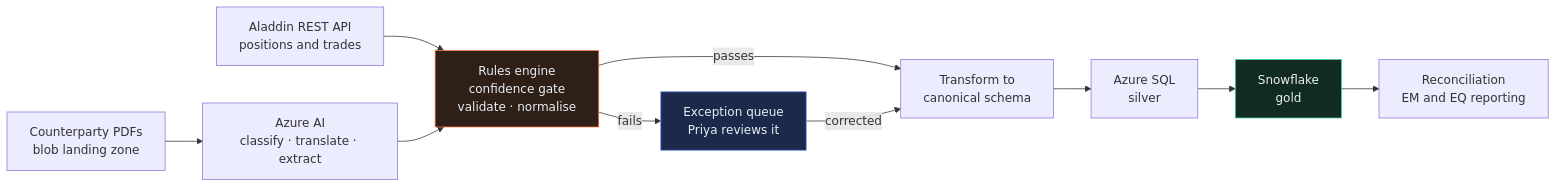
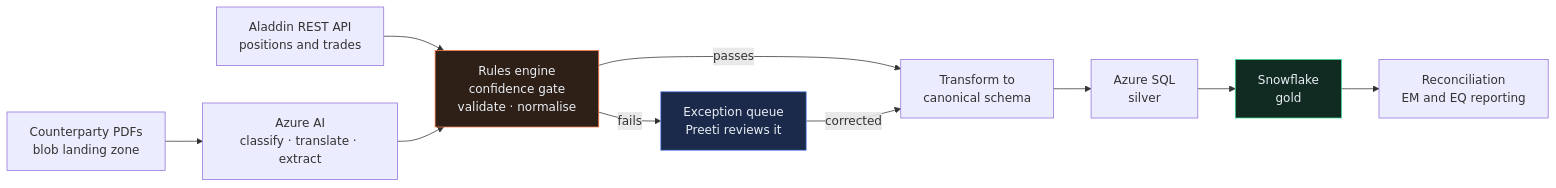
The diagram in AI-Agile-Development/00-the-story.md (hemsingh81/learning-system-designs), drawn with Mermaid before and after one commit. The commit also changed other lines of this file and 99 other files, not shown here.

````diff
--- a/AI-Agile-Development/00-the-story.md
+++ b/AI-Agile-Development/00-the-story.md
@@ -112,16 +112,16 @@
 ```mermaid
 flowchart LR
     A["Aladdin REST API<br/>positions and trades"] --> R
     B["Counterparty PDFs<br/>blob landing zone"] --> C["Azure AI<br/>classify · translate · extract"]
     C --> R["Rules engine<br/>confidence gate<br/>validate · normalise"]
     R -->|passes| T["Transform to<br/>canonical schema"]
-    R -->|fails| Q["Exception queue<br/>Priya reviews it"]
+    R -->|fails| Q["Exception queue<br/>Preeti reviews it"]
     Q -->|corrected| T
     T --> S["Azure SQL<br/>silver"]
     S --> W["Snowflake<br/>gold"]
     W --> RC["Reconciliation<br/>EM and EQ reporting"]
 
     style R fill:#2E1F17,stroke:#FF7A45,color:#E8EEF4
     style Q fill:#1B2A4A,stroke:#6C8EF5,color:#E8EEF4
     style W fill:#122B22,stroke:#3DDC97,color:#E8EEF4
 ```
````
